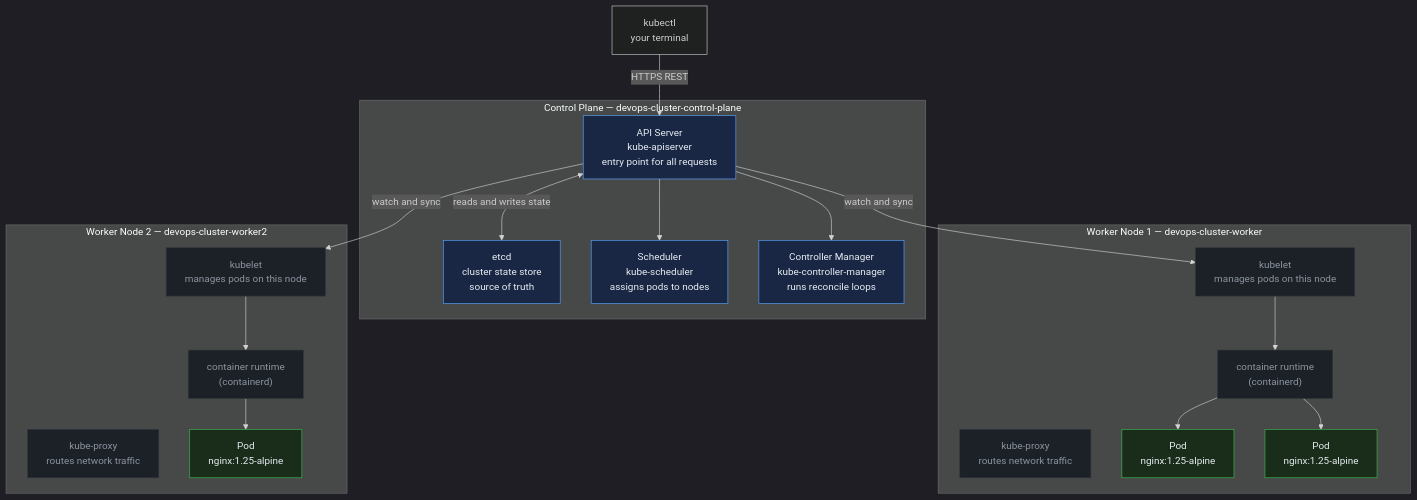
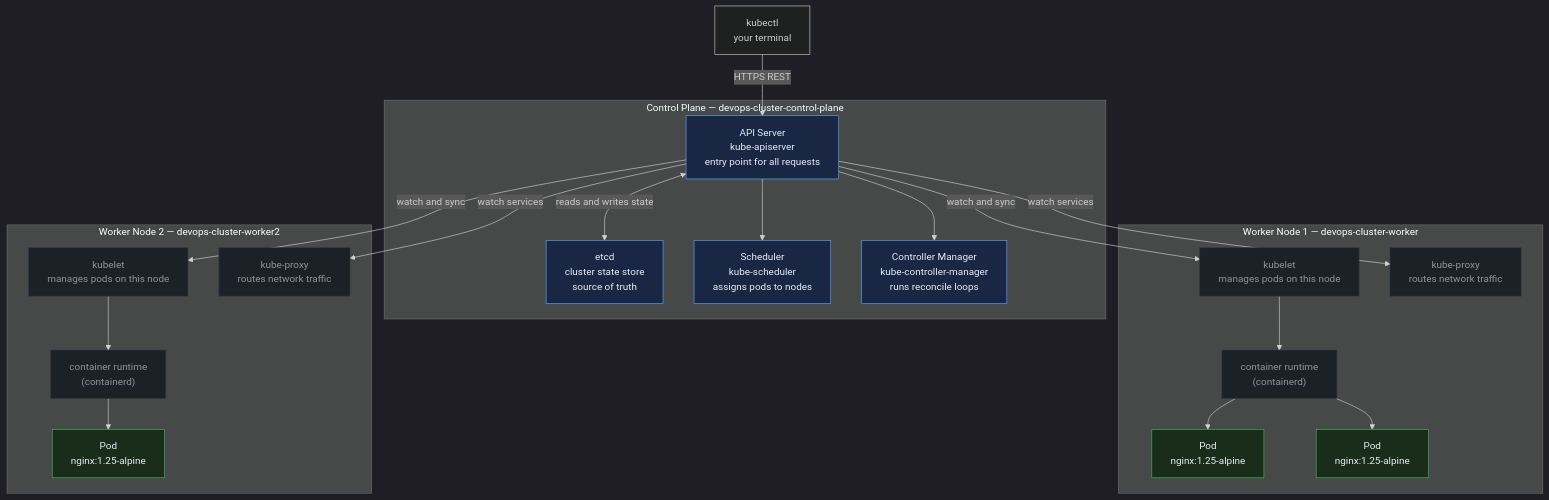
Before and after one commit to vsindevops/30-days-devops: the first of 4 diagrams in _posts/2026-05-16-day-05-kubernetes-fundamentals.md, drawn with Mermaid. The commit also changed other lines of this file, not shown here.

First line of the commit message:
Fix Day 5 validation issues — diagram accuracy and command correctness

````diff
--- a/_posts/2026-05-16-day-05-kubernetes-fundamentals.md
+++ b/_posts/2026-05-16-day-05-kubernetes-fundamentals.md
@@ -191,42 +192,44 @@
 ```mermaid
 %%{init: {'theme': 'dark'}}%%
 flowchart TB
     subgraph CP ["Control Plane — devops-cluster-control-plane"]
         API["API Server\nkube-apiserver\nentry point for all requests"]:::control
         ETCD["etcd\ncluster state store\nsource of truth"]:::control
         SCHED["Scheduler\nkube-scheduler\nassigns pods to nodes"]:::control
         CM["Controller Manager\nkube-controller-manager\nruns reconcile loops"]:::control
         API <-->|"reads and writes state"| ETCD
         API --> SCHED
         API --> CM
     end
 
     subgraph W1 ["Worker Node 1 — devops-cluster-worker"]
         KB1["kubelet\nmanages pods on this node"]:::worker
         KP1["kube-proxy\nroutes network traffic"]:::worker
         CRT1["container runtime\n(containerd)"]:::worker
         POD1["Pod\nnginx:1.25-alpine"]:::pod
         POD2["Pod\nnginx:1.25-alpine"]:::pod
         KB1 --> CRT1
         CRT1 --> POD1
         CRT1 --> POD2
     end
 
     subgraph W2 ["Worker Node 2 — devops-cluster-worker2"]
         KB2["kubelet\nmanages pods on this node"]:::worker
         KP2["kube-proxy\nroutes network traffic"]:::worker
         CRT2["container runtime\n(containerd)"]:::worker
         POD3["Pod\nnginx:1.25-alpine"]:::pod
         KB2 --> CRT2
         CRT2 --> POD3
     end
 
     kubectl["kubectl\nyour terminal"] -->|"HTTPS REST"| API
     API -->|"watch and sync"| KB1
     API -->|"watch and sync"| KB2
+    API -->|"watch services"| KP1
+    API -->|"watch services"| KP2
 
     classDef control fill:#1a2744,stroke:#58a6ff,color:#e6edf3
     classDef worker fill:#1c2128,stroke:#30363d,color:#8b949e
     classDef pod fill:#1a2d1a,stroke:#3fb950,color:#e6edf3
     classDef neutral fill:#1c2128,stroke:#30363d,color:#8b949e
 ```
````
